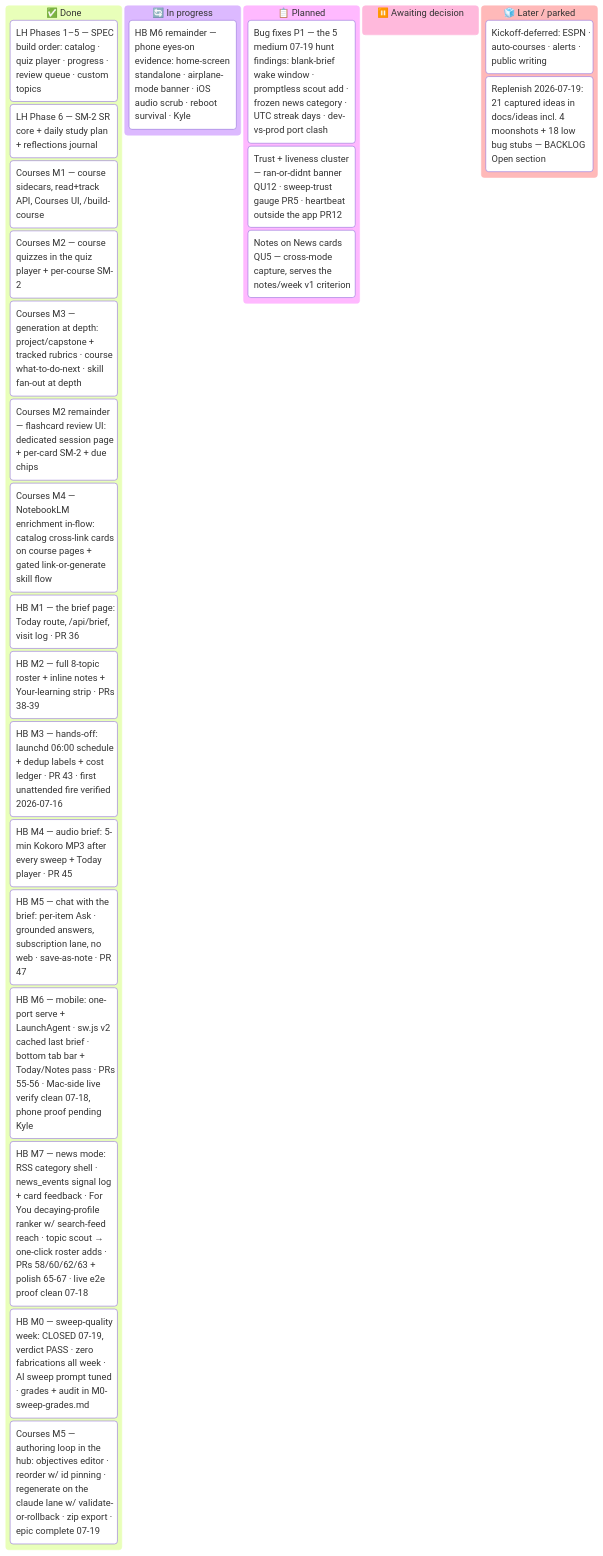
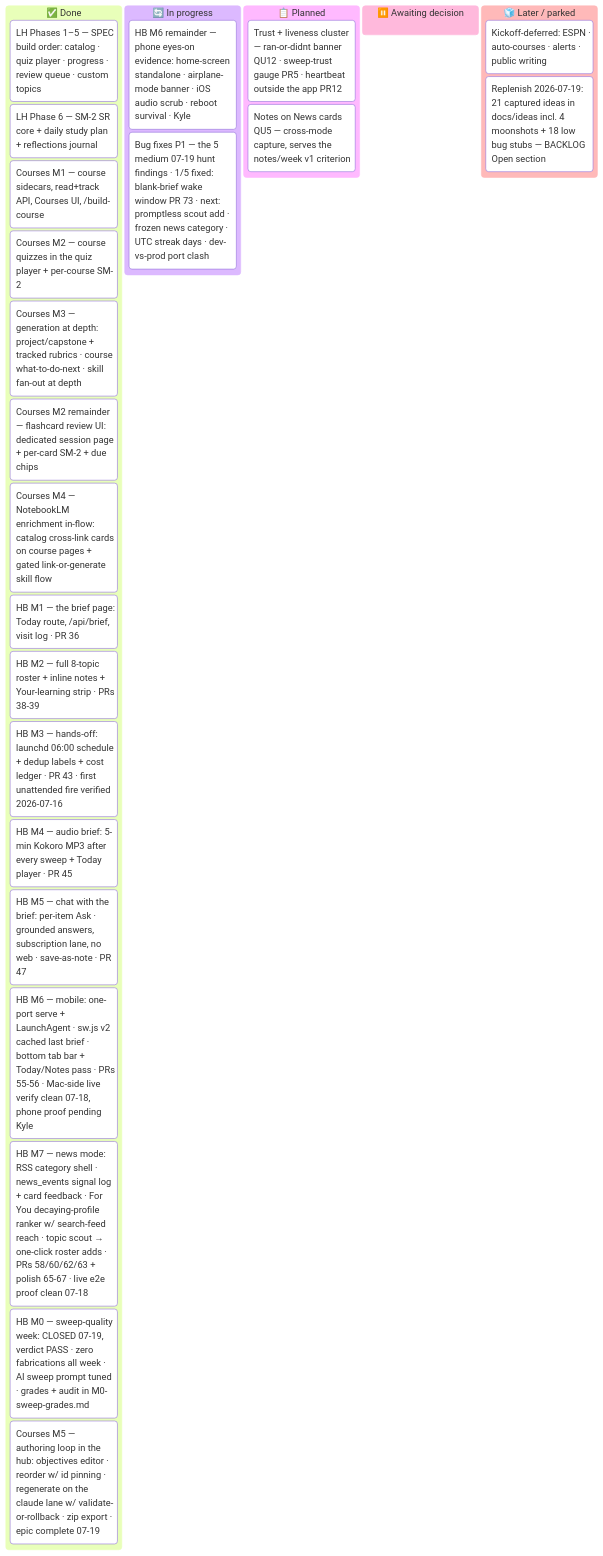
Before and after one commit to ksdisch/home-base: the diagram in docs/MASTER_PLAN.md, drawn with Mermaid. The commit also changed other lines of this file and 1 other file, not shown here.

Commit message:
docs: BACKLOG + MASTER_PLAN — P1 bug #1 fixed (PR #73), bugp1 card → in progress

````diff
--- a/docs/MASTER_PLAN.md
+++ b/docs/MASTER_PLAN.md
@@ -42,30 +42,30 @@
 ```mermaid
 kanban
   done["✅ Done"]
     lh15["LH Phases 1–5 — SPEC build order: catalog · quiz player · progress · review queue · custom topics"]
     lh6["LH Phase 6 — SM-2 SR core + daily study plan + reflections journal"]
     lh7["Courses M1 — course sidecars, read+track API, Courses UI, /build-course"]
     lh7m2["Courses M2 — course quizzes in the quiz player + per-course SM-2"]
     lh7m3["Courses M3 — generation at depth: project/capstone + tracked rubrics · course what-to-do-next · skill fan-out at depth"]
     lh7fc["Courses M2 remainder — flashcard review UI: dedicated session page + per-card SM-2 + due chips"]
     lh7m4["Courses M4 — NotebookLM enrichment in-flow: catalog cross-link cards on course pages + gated link-or-generate skill flow"]
     hbm1["HB M1 — the brief page: Today route, /api/brief, visit log · PR 36"]
     hbm2["HB M2 — full 8-topic roster + inline notes + Your-learning strip · PRs 38-39"]
     hbm3["HB M3 — hands-off: launchd 06:00 schedule + dedup labels + cost ledger · PR 43 · first unattended fire verified 2026-07-16"]
     hbm4["HB M4 — audio brief: 5-min Kokoro MP3 after every sweep + Today player · PR 45"]
     hbm5["HB M5 — chat with the brief: per-item Ask · grounded answers, subscription lane, no web · save-as-note · PR 47"]
     hbm6["HB M6 — mobile: one-port serve + LaunchAgent · sw.js v2 cached last brief · bottom tab bar + Today/Notes pass · PRs 55-56 · Mac-side live verify clean 07-18, phone proof pending Kyle"]
     hbm7["HB M7 — news mode: RSS category shell · news_events signal log + card feedback · For You decaying-profile ranker w/ search-feed reach · topic scout → one-click roster adds · PRs 58/60/62/63 + polish 65-67 · live e2e proof clean 07-18"]
     hbm0["HB M0 — sweep-quality week: CLOSED 07-19, verdict PASS · zero fabrications all week · AI sweep prompt tuned · grades + audit in M0-sweep-grades.md"]
     cm5["Courses M5 — authoring loop in the hub: objectives editor · reorder w/ id pinning · regenerate on the claude lane w/ validate-or-rollback · zip export · epic complete 07-19"]
   doing["🔄 In progress"]
     hbm6proof["HB M6 remainder — phone eyes-on evidence: home-screen standalone · airplane-mode banner · iOS audio scrub · reboot survival · Kyle"]
+    bugp1["Bug fixes P1 — the 5 medium 07-19 hunt findings · 1/5 fixed: blank-brief wake window PR 73 · next: promptless scout add · frozen news category · UTC streak days · dev-vs-prod port clash"]
   next["📋 Planned"]
-    bugp1["Bug fixes P1 — the 5 medium 07-19 hunt findings: blank-brief wake window · promptless scout add · frozen news category · UTC streak days · dev-vs-prod port clash"]
     trust["Trust + liveness cluster — ran-or-didnt banner QU12 · sweep-trust gauge PR5 · heartbeat outside the app PR12"]
     qnotes["Notes on News cards QU5 — cross-mode capture, serves the notes/week v1 criterion"]
   decide["⏸️ Awaiting decision"]
   later["🧊 Later / parked"]
     defer["Kickoff-deferred: ESPN · auto-courses · alerts · public writing"]
     replen["Replenish 2026-07-19: 21 captured ideas in docs/ideas incl. 4 moonshots + 18 low bug stubs — BACKLOG Open section"]
 ```
````
